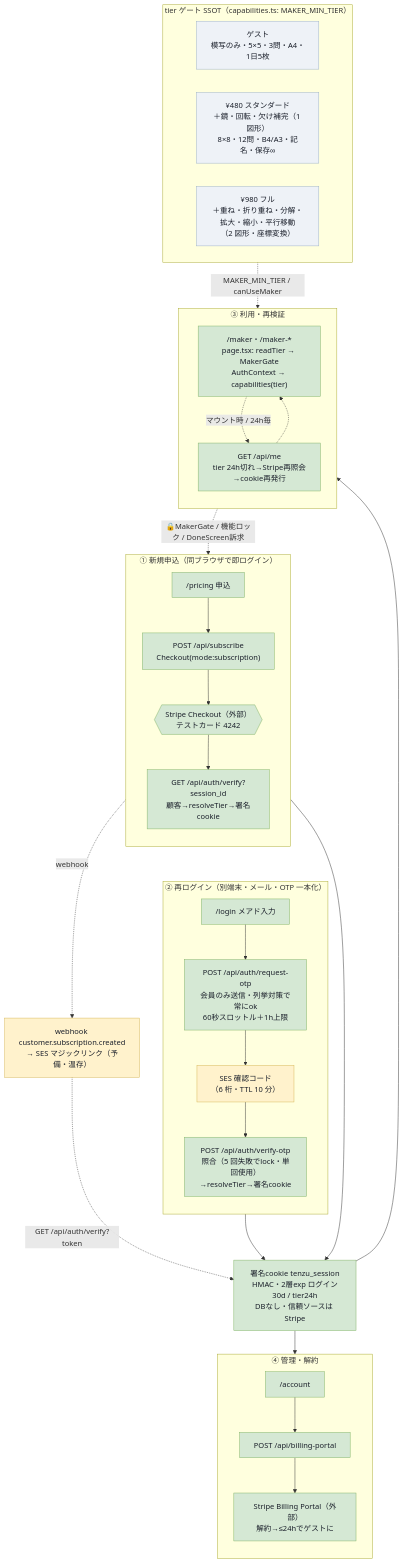
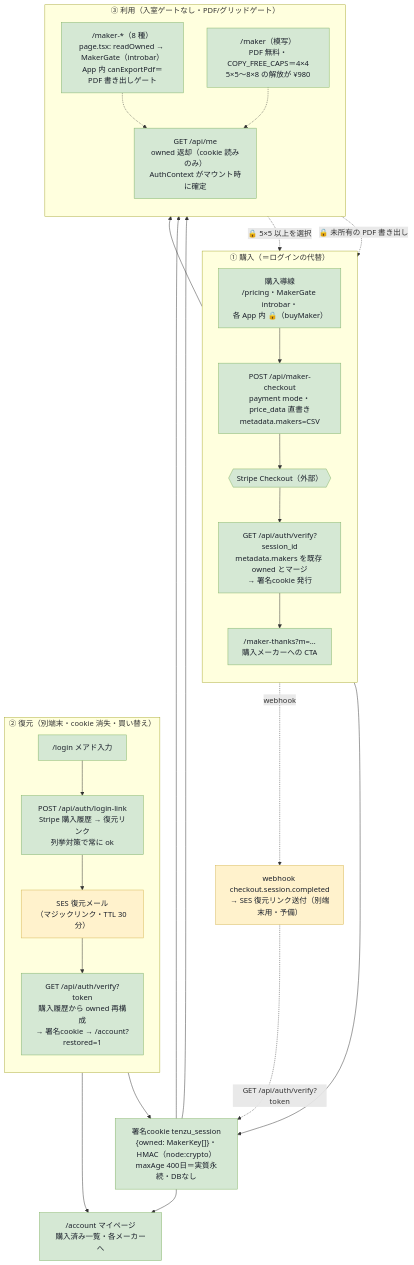
Before and after one commit to sudokko/TENZU: the second of 2 diagrams in design/navigation/screen-flow.md, drawn with Mermaid. The commit also changed other lines of this file and 48 other files, not shown here.

````diff
--- a/design/navigation/screen-flow.md
+++ b/design/navigation/screen-flow.md
@@ -204,57 +205,49 @@
 ```mermaid
 flowchart TB
   classDef done  fill:#d5e8d4,stroke:#82b366,color:#1a1f2a;
   classDef owner fill:#fff2cc,stroke:#d6b656,color:#1a1f2a;
   classDef todo  fill:#f8cecc,stroke:#b85450,color:#1a1f2a;
-  classDef tierbox fill:#eef2f7,stroke:#9bb0c9,color:#1a1f2a;
 
-  subgraph A["① 新規申込（同ブラウザで即ログイン）"]
+  subgraph A["① 購入（＝ログインの代替）"]
     direction TB
-    A1["/pricing 申込"] --> A2["POST /api/subscribe<br/>Checkout(mode:subscription)"]
-    A2 --> A3{{"Stripe Checkout（外部）<br/>テストカード 4242"}}
-    A3 --> A4["GET /api/auth/verify?session_id<br/>顧客→resolveTier→署名cookie"]
+    A1["購入導線<br/>/pricing・MakerGate introbar・<br/>各 App 内 🔒（buyMaker）"] --> A2["POST /api/maker-checkout<br/>payment mode・price_data 直書き<br/>metadata.makers=CSV"]
+    A2 --> A3{{"Stripe Checkout（外部）"}}
+    A3 --> A4["GET /api/auth/verify?session_id<br/>metadata.makers を既存 owned とマージ<br/>→ 署名cookie 発行"]
+    A4 --> A5["/maker-thanks?m=…<br/>購入メーカーへの CTA"]
   end
 
-  subgraph B["② 再ログイン（別端末・メール・OTP 一本化）"]
+  subgraph B["② 復元（別端末・cookie 消失・買い替え）"]
     direction TB
-    B1["/login メアド入力"] --> B2["POST /api/auth/request-otp<br/>会員のみ送信・列挙対策で常にok<br/>60秒スロットル＋1h上限"]
-    B2 --> B3["SES 確認コード<br/>（6 桁・TTL 10 分）"]
-    B3 --> B4["POST /api/auth/verify-otp<br/>照合（5 回失敗でlock・単回使用）<br/>→resolveTier→署名cookie"]
+    B1["/login メアド入力"] --> B2["POST /api/auth/login-link<br/>Stripe 購入履歴 → 復元リンク<br/>列挙対策で常に ok"]
+    B2 --> B3["SES 復元メール<br/>（マジックリンク・TTL 30 分）"]
+    B3 --> B4["GET /api/auth/verify?token<br/>購入履歴から owned 再構成<br/>→ 署名cookie → /account?restored=1"]
   end
 
-  COOKIE["署名cookie tenzu_session<br/>HMAC・2層exp ログイン30d / tier24h<br/>DBなし・信頼ソースは Stripe"]
+  COOKIE["署名cookie tenzu_session<br/>{owned: MakerKey[]}・HMAC（node:crypto）<br/>maxAge 400日＝実質永続・DBなし"]
   A4 --> COOKIE
   B4 --> COOKIE
 
-  subgraph C["③ 利用・再検証"]
+  subgraph C["③ 利用（入室ゲートなし・PDF/グリッドゲート）"]
     direction TB
-    C1["/maker・/maker-*<br/>page.tsx: readTier → MakerGate<br/>AuthContext → capabilities(tier)"]
-    C2["GET /api/me<br/>tier 24h切れ→Stripe再照会→cookie再発行"]
-    C1 -.->|マウント時 / 24h毎| C2
-    C2 -.-> C1
+    C1["/maker-*（8 種）<br/>page.tsx: readOwned → MakerGate（introbar）<br/>App 内 canExportPdf＝PDF 書き出しゲート"]
+    C2["/maker（模写）<br/>PDF 無料・COPY_FREE_CAPS＝4×4<br/>5×5〜8×8 の解放が ¥980"]
+    C3["GET /api/me<br/>owned 返却（cookie 読みのみ）<br/>AuthContext がマウント時に確定"]
+    C1 -.-> C3
+    C2 -.-> C3
   end
   COOKIE --> C1
-  C1 -.->|🔒MakerGate / 機能ロック / DoneScreen訴求| A1
+  COOKIE --> C2
+  C1 -.->|🔒 未所有の PDF 書き出し| A1
+  C2 -.->|🔒 5×5 以上を選択| A1
+  A5 --> C1
 
-  subgraph D["④ 管理・解約"]
-    direction TB
-    D1["/account"] --> D2["POST /api/billing-portal"]
-    D2 --> D3["Stripe Billing Portal（外部）<br/>解約→≤24hでゲストに"]
-  end
-  COOKIE --> D1
-
-  WH["webhook customer.subscription.created<br/>→ SES マジックリンク（予備・温存）"]
+  WH["webhook checkout.session.completed<br/>→ SES 復元リンク送付（別端末用・予備）"]
   A3 -.->|webhook| WH -.->|GET /api/auth/verify?token| COOKIE
 
-  subgraph T["tier ゲート SSOT（capabilities.ts: MAKER_MIN_TIER）"]
-    direction LR
-    T1["ゲスト<br/>模写のみ・5×5・3問・A4・1日5枚"]
-    T2["¥480 スタンダード<br/>＋鏡・回転・欠け補完（1 図形）<br/>8×8・12問・B4/A3・記名・保存∞"]
-    T3["¥980 フル<br/>＋重ね・折り重ね・分解・拡大・縮小・平行移動<br/>（2 図形・座標変換）"]
-  end
-  T -.->|MAKER_MIN_TIER / canUseMaker| C1
+  ACC["/account マイページ<br/>購入済み一覧・各メーカーへ"]
+  COOKIE --> ACC
+  B4 --> ACC
 
-  class A1,A2,A3,A4,B1,B2,B4,COOKIE,C1,C2,D1,D2,D3 done;
+  class A1,A2,A3,A4,A5,B1,B2,B4,C1,C2,C3,COOKIE,ACC done;
   class B3,WH owner;
-  class T1,T2,T3 tierbox;
 ```
````
